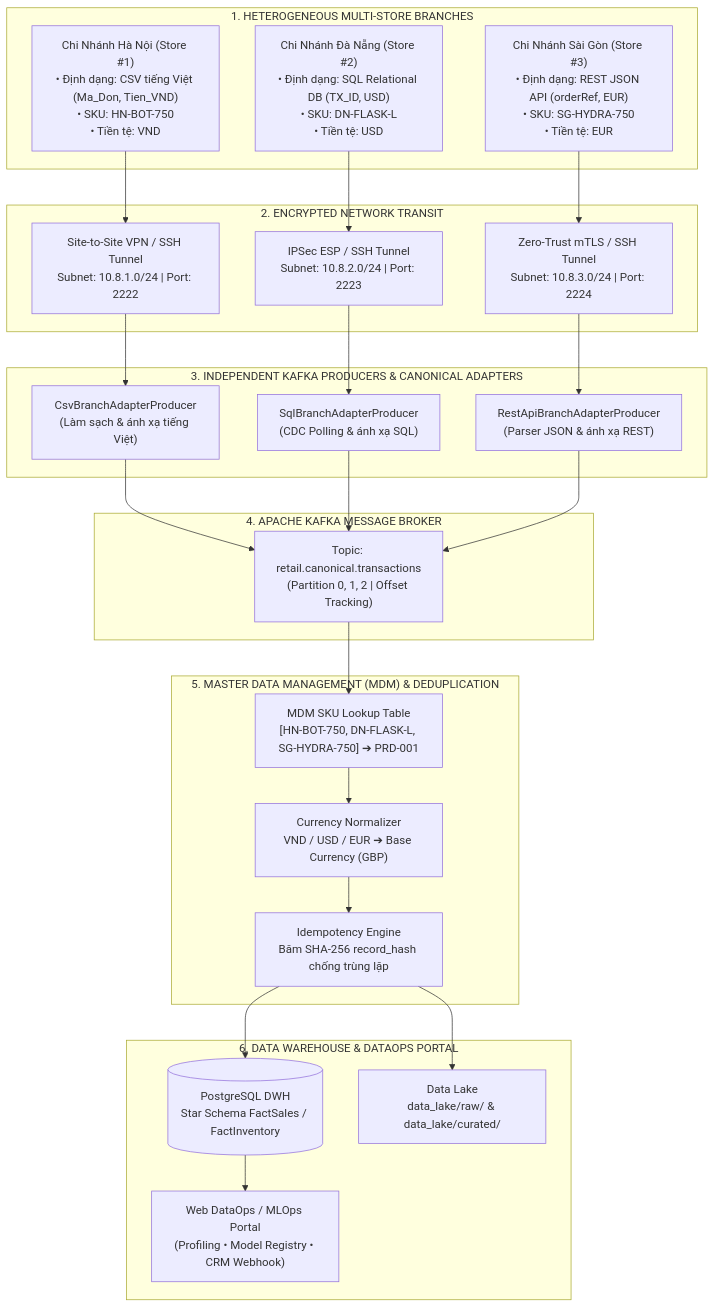
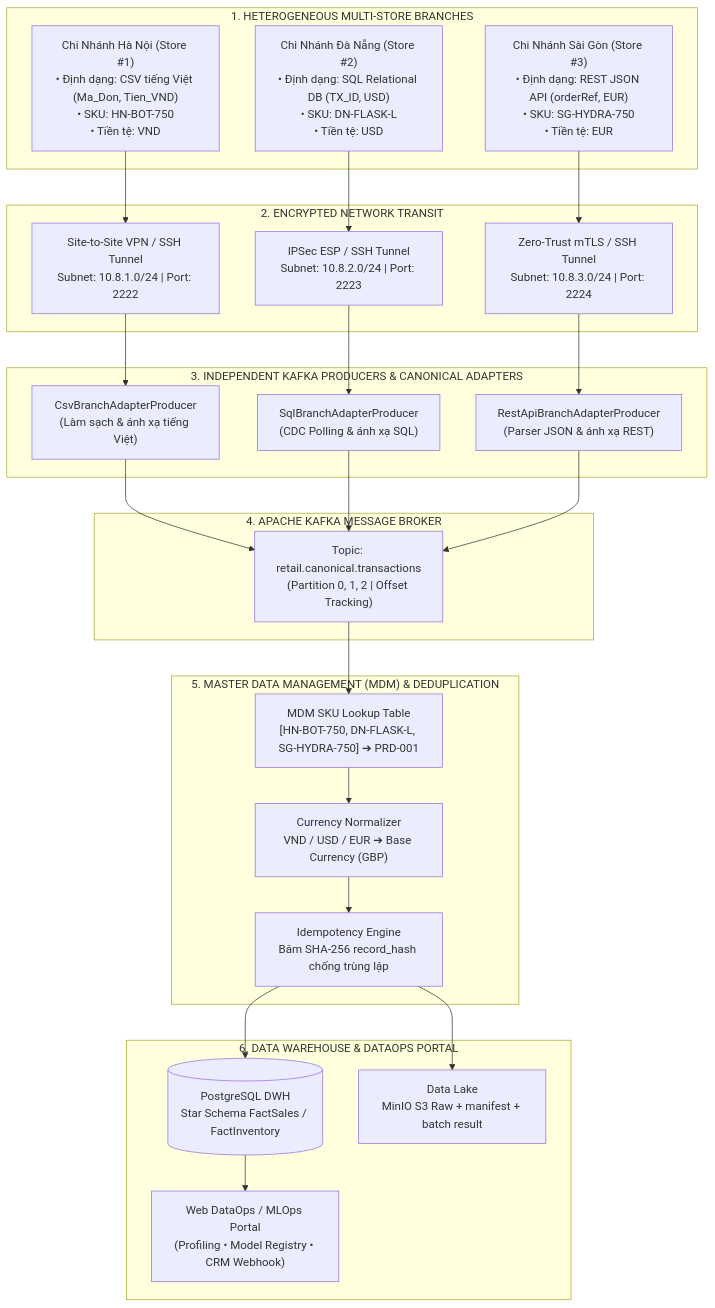
Before and after one commit to VIENDANBACK5/RetailPulse: the first of 2 diagrams in README.md, drawn with Mermaid. The commit also changed other lines of this file and 76 other files, not shown here.

````diff
--- a/README.md
+++ b/README.md
@@ -54,48 +59,48 @@
 ```mermaid
 flowchart TD
     subgraph MultiStore ["1. HETEROGENEOUS MULTI-STORE BRANCHES"]
         HN["Chi Nhánh Hà Nội (Store #1)<br/>• Định dạng: CSV tiếng Việt (Ma_Don, Tien_VND)<br/>• SKU: HN-BOT-750<br/>• Tiền tệ: VND"]
         DN["Chi Nhánh Đà Nẵng (Store #2)<br/>• Định dạng: SQL Relational DB (TX_ID, USD)<br/>• SKU: DN-FLASK-L<br/>• Tiền tệ: USD"]
         SG["Chi Nhánh Sài Gòn (Store #3)<br/>• Định dạng: REST JSON API (orderRef, EUR)<br/>• SKU: SG-HYDRA-750<br/>• Tiền tệ: EUR"]
     end
 
     subgraph SecurityTransit ["2. ENCRYPTED NETWORK TRANSIT"]
         VPN1["Site-to-Site VPN / SSH Tunnel<br/>Subnet: 10.8.1.0/24 | Port: 2222"]
         VPN2["IPSec ESP / SSH Tunnel<br/>Subnet: 10.8.2.0/24 | Port: 2223"]
         VPN3["Zero-Trust mTLS / SSH Tunnel<br/>Subnet: 10.8.3.0/24 | Port: 2224"]
     end
 
     subgraph KafkaAdapters ["3. INDEPENDENT KAFKA PRODUCERS & CANONICAL ADAPTERS"]
         P_HN["CsvBranchAdapterProducer<br/>(Làm sạch & ánh xạ tiếng Việt)"]
         P_DN["SqlBranchAdapterProducer<br/>(CDC Polling & ánh xạ SQL)"]
         P_SG["RestApiBranchAdapterProducer<br/>(Parser JSON & ánh xạ REST)"]
     end
 
     subgraph KafkaBroker ["4. APACHE KAFKA MESSAGE BROKER"]
         TOPIC["Topic: retail.canonical.transactions<br/>(Partition 0, 1, 2 | Offset Tracking)"]
     end
 
     subgraph MDMEngine ["5. MASTER DATA MANAGEMENT (MDM) & DEDUPLICATION"]
         LOOKUP["MDM SKU Lookup Table<br/>[HN-BOT-750, DN-FLASK-L, SG-HYDRA-750] ➔ PRD-001"]
         CURR["Currency Normalizer<br/>VND / USD / EUR ➔ Base Currency (GBP)"]
         IDEMP["Idempotency Engine<br/>Băm SHA-256 record_hash chống trùng lặp"]
     end
 
     subgraph StorageAndServing ["6. DATA WAREHOUSE & DATAOPS PORTAL"]
         DWH[("PostgreSQL DWH<br/>Star Schema FactSales / FactInventory")]
         PORTAL["Web DataOps / MLOps Portal<br/>(Profiling • Model Registry • CRM Webhook)"]
-        DL["Data Lake<br/>data_lake/raw/ & data_lake/curated/"]
+        DL["Data Lake<br/>MinIO S3 Raw + manifest + batch result"]
     end
 
     HN --> VPN1 --> P_HN
     DN --> VPN2 --> P_DN
     SG --> VPN3 --> P_SG
 
     P_HN --> TOPIC
     P_DN --> TOPIC
     P_SG --> TOPIC
 
     TOPIC --> LOOKUP --> CURR --> IDEMP --> DWH
     IDEMP --> DL
     DWH --> PORTAL
 ```
````
